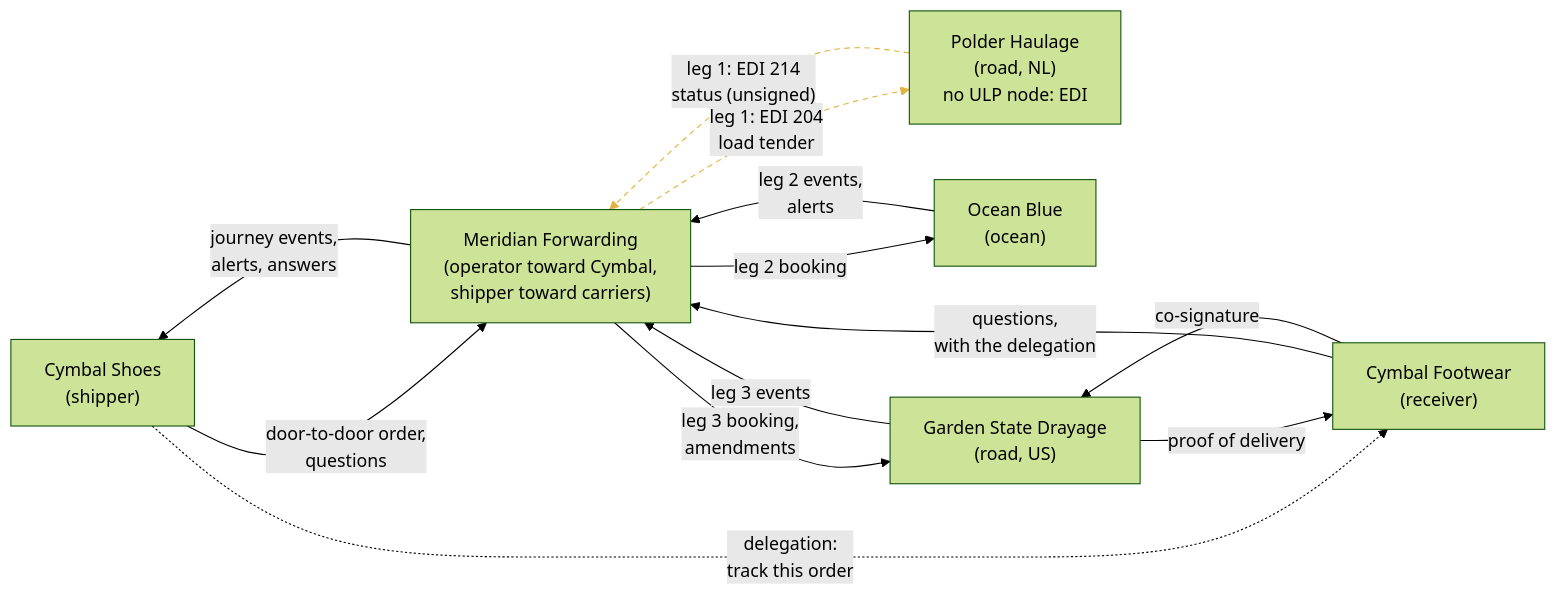
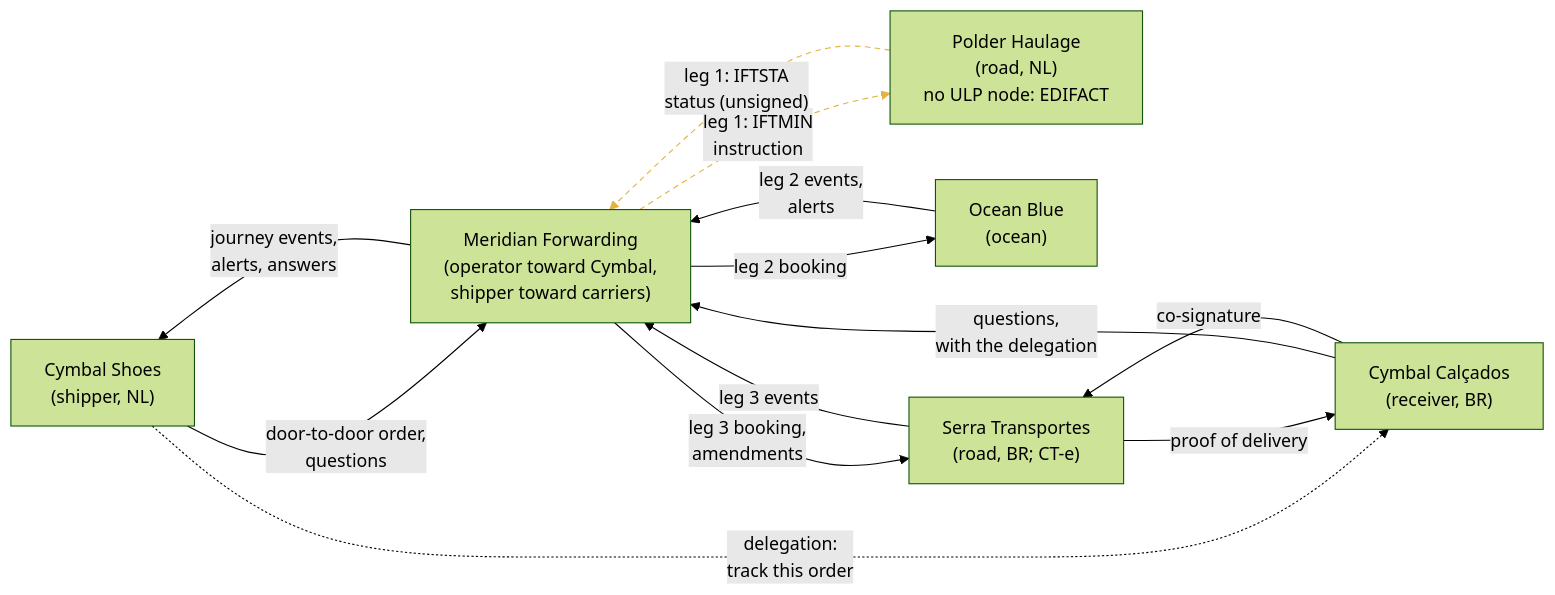
One commit to go-steer/supercargo changed the first of 7 diagrams in docs/proposals/door-to-door-forwarder.md. Above: the diagram before and after it, drawn with Mermaid (forest theme). The commit also changed other lines of this file and 2 other files, not shown here.

````diff
--- a/docs/proposals/door-to-door-forwarder.md
+++ b/docs/proposals/door-to-door-forwarder.md
@@ -148,23 +230,23 @@
 ```mermaid
 flowchart LR
-    CS["Cymbal Shoes<br/>(shipper)"]
+    CS["Cymbal Shoes<br/>(shipper, NL)"]
     MF["Meridian Forwarding<br/>(operator toward Cymbal,<br/>shipper toward carriers)"]
-    PH["Polder Haulage<br/>(road, NL)<br/>no ULP node: EDI"]
+    PH["Polder Haulage<br/>(road, NL)<br/>no ULP node: EDIFACT"]
     OB["Ocean Blue<br/>(ocean)"]
-    GS["Garden State Drayage<br/>(road, US)"]
-    CF["Cymbal Footwear<br/>(receiver)"]
+    GS["Serra Transportes<br/>(road, BR; CT-e)"]
+    CF["Cymbal Calçados<br/>(receiver, BR)"]
 
     CS -- "door-to-door order,<br/>questions" --> MF
     MF -- "journey events,<br/>alerts, answers" --> CS
-    MF -. "leg 1: EDI 204<br/>load tender" .-> PH
+    MF -. "leg 1: IFTMIN<br/>instruction" .-> PH
     MF -- "leg 2 booking" --> OB
     MF -- "leg 3 booking,<br/>amendments" --> GS
-    PH -. "leg 1: EDI 214<br/>status (unsigned)" .-> MF
+    PH -. "leg 1: IFTSTA<br/>status (unsigned)" .-> MF
     OB -- "leg 2 events,<br/>alerts" --> MF
     GS -- "leg 3 events" --> MF
     CS -. "delegation:<br/>track this order" .-> CF
     CF -- "questions,<br/>with the delegation" --> MF
     GS -- "proof of delivery" --> CF
     CF -- "co-signature" --> GS
     linkStyle 2,5 stroke:#e3b341,stroke-dasharray:5 4
 ```
````
